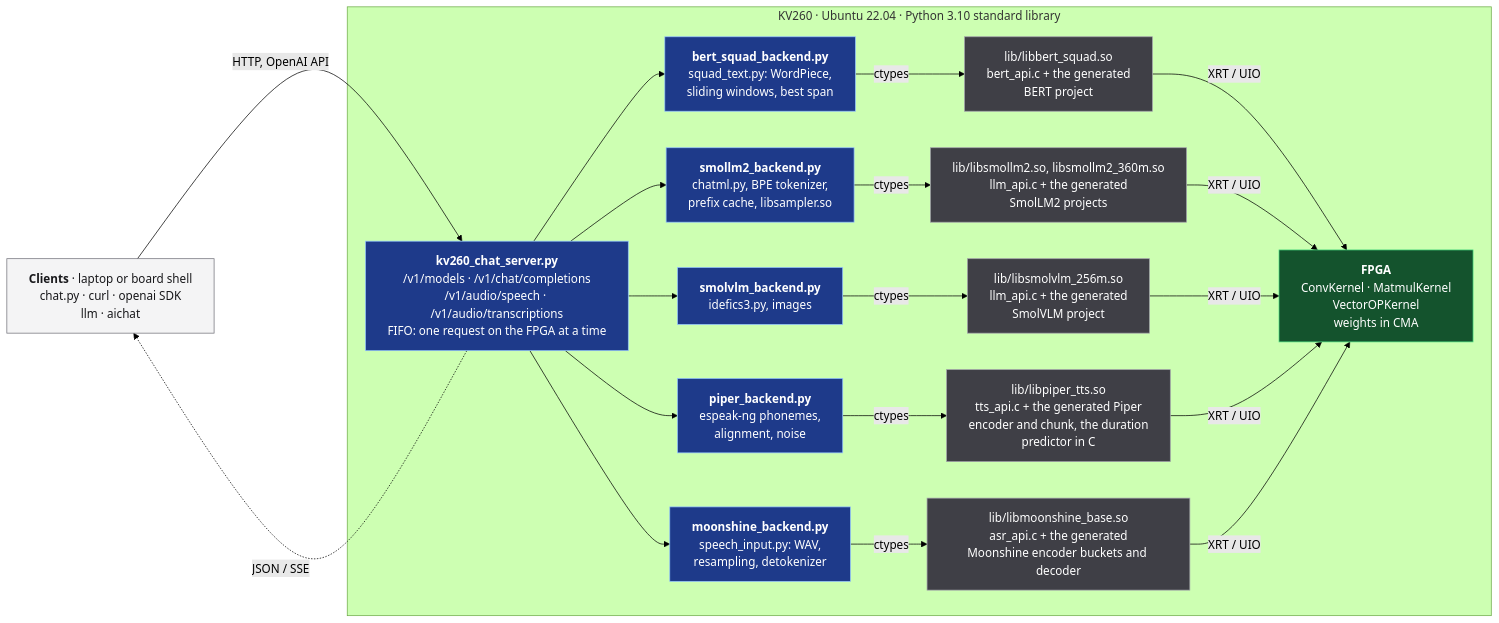
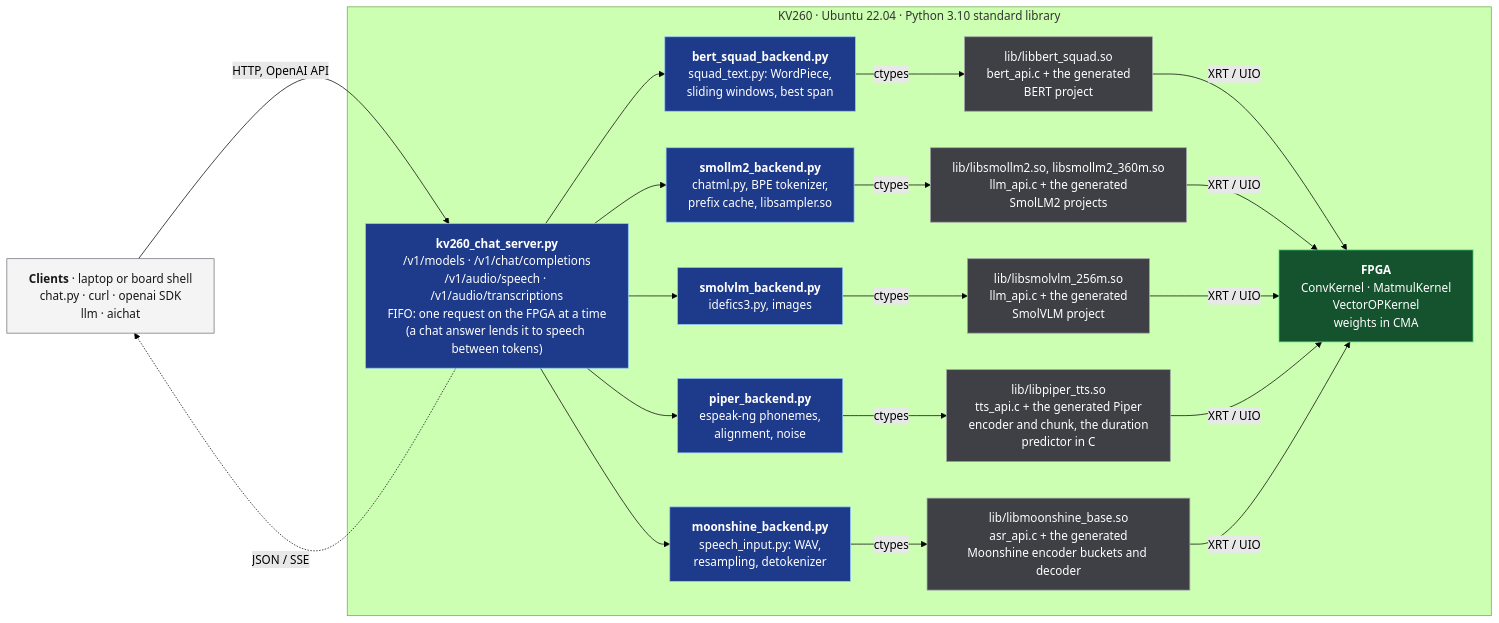
One commit to phoenix367/cormorant changed the diagram in demo/chat/README.md. Above: the diagram before and after it, drawn with Mermaid (forest theme). The commit also changed other lines of this file and 34 other files, not shown here.

````diff
--- a/demo/chat/README.md
+++ b/demo/chat/README.md
@@ -39,37 +39,37 @@
 ```mermaid
 %%{init: {"flowchart": {"wrappingWidth": 300}}}%%
 flowchart LR
     clients["<b>Clients</b> · laptop or board shell<br/>chat.py · curl · openai SDK<br/>llm · aichat"]
     subgraph board["KV260 · Ubuntu 22.04 · Python 3.10 standard library"]
-        server["<b>kv260_chat_server.py</b><br/>/v1/models · /v1/chat/completions<br/>/v1/audio/speech · /v1/audio/transcriptions<br/>FIFO: one request on the FPGA at a time"]
+        server["<b>kv260_chat_server.py</b><br/>/v1/models · /v1/chat/completions<br/>/v1/audio/speech · /v1/audio/transcriptions<br/>FIFO: one request on the FPGA at a time<br/>(a chat answer lends it to speech between tokens)"]
         bert["<b>bert_squad_backend.py</b><br/>squad_text.py: WordPiece,<br/>sliding windows, best span"]
         llm["<b>smollm2_backend.py</b><br/>chatml.py, BPE tokenizer,<br/>prefix cache, libsampler.so"]
         vlm["<b>smolvlm_backend.py</b><br/>idefics3.py, images"]
         tts["<b>piper_backend.py</b><br/>espeak-ng phonemes,<br/>alignment, noise"]
         asr["<b>moonshine_backend.py</b><br/>speech_input.py: WAV,<br/>resampling, detokenizer"]
         libbert["lib/libbert_squad.so<br/>bert_api.c + the generated<br/>BERT project"]
         libllm["lib/libsmollm2.so, libsmollm2_360m.so<br/>llm_api.c + the generated<br/>SmolLM2 projects"]
         libvlm["lib/libsmolvlm_256m.so<br/>llm_api.c + the generated<br/>SmolVLM project"]
         libtts["lib/libpiper_tts.so<br/>tts_api.c + the generated Piper<br/>encoder and chunk, the duration<br/>predictor in C"]
         libasr["lib/libmoonshine_base.so<br/>asr_api.c + the generated<br/>Moonshine encoder buckets and decoder"]
         fpga["<b>FPGA</b><br/>ConvKernel · MatmulKernel<br/>VectorOPKernel<br/>weights in CMA"]
     end
     clients -- "HTTP, OpenAI API" --> server
     server -. "JSON / SSE" .-> clients
     server --> bert & llm & vlm & tts & asr
     bert -- ctypes --> libbert
     llm -- ctypes --> libllm
     vlm -- ctypes --> libvlm
     tts -- ctypes --> libtts
     asr -- ctypes --> libasr
     libbert & libllm & libvlm & libtts & libasr -- "XRT / UIO" --> fpga
 
     classDef py fill:#1e3a8a,stroke:#93c5fd,color:#ffffff
     classDef lib fill:#3f3f46,stroke:#a1a1aa,color:#ffffff
     classDef hw fill:#14532d,stroke:#4ade80,color:#ffffff
     classDef ext fill:#f4f4f5,stroke:#71717a,color:#18181b
     class server,bert,llm,vlm,tts,asr py
     class libbert,libllm,libvlm,libtts,libasr lib
     class fpga hw
     class clients ext
 ```
````
